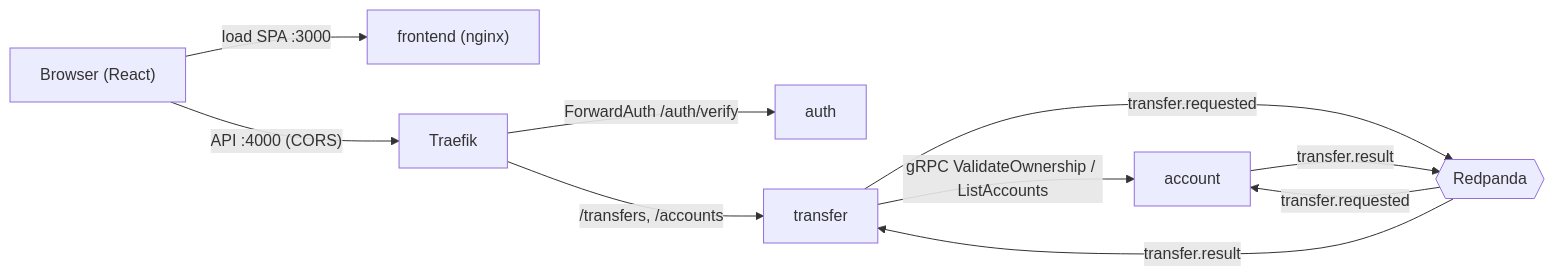
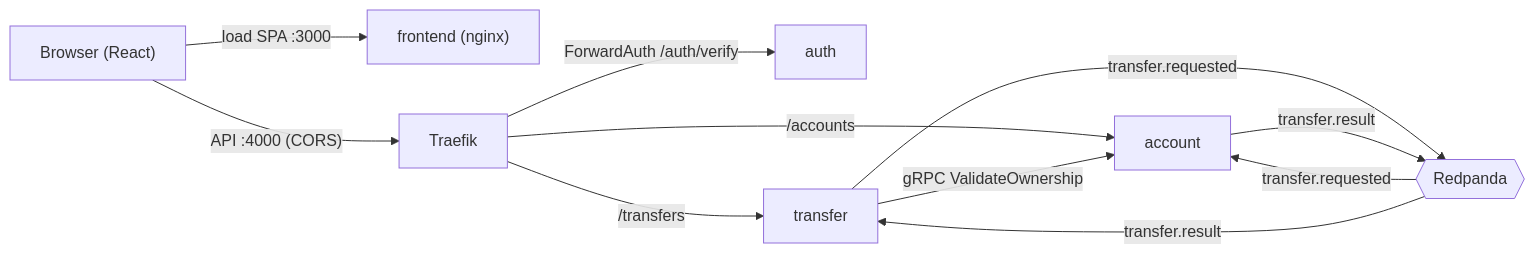
Before and after one commit to Phathdt/fasttrans: the diagram in CLAUDE.md, drawn with Mermaid. The commit also changed other lines of this file and 31 other files, not shown here.

First line of the commit message:
feat: move /accounts REST to account service + add account lookup

````diff
--- a/CLAUDE.md
+++ b/CLAUDE.md
@@ -11,12 +11,13 @@
 ```mermaid
 flowchart LR
     Browser["Browser (React)"] -- "load SPA :3000" --> FE["frontend (nginx)"]
     Browser -- "API :4000 (CORS)" --> Traefik
     Traefik -- "ForwardAuth /auth/verify" --> auth
-    Traefik -- "/transfers, /accounts" --> transfer
-    transfer -- "gRPC ValidateOwnership / ListAccounts" --> account
+    Traefik -- "/transfers" --> transfer
+    Traefik -- "/accounts" --> account
+    transfer -- "gRPC ValidateOwnership" --> account
     transfer -- "transfer.requested" --> Redpanda{{Redpanda}}
     Redpanda -- "transfer.requested" --> account
     account -- "transfer.result" --> Redpanda
     Redpanda -- "transfer.result" --> transfer
 ```
````
